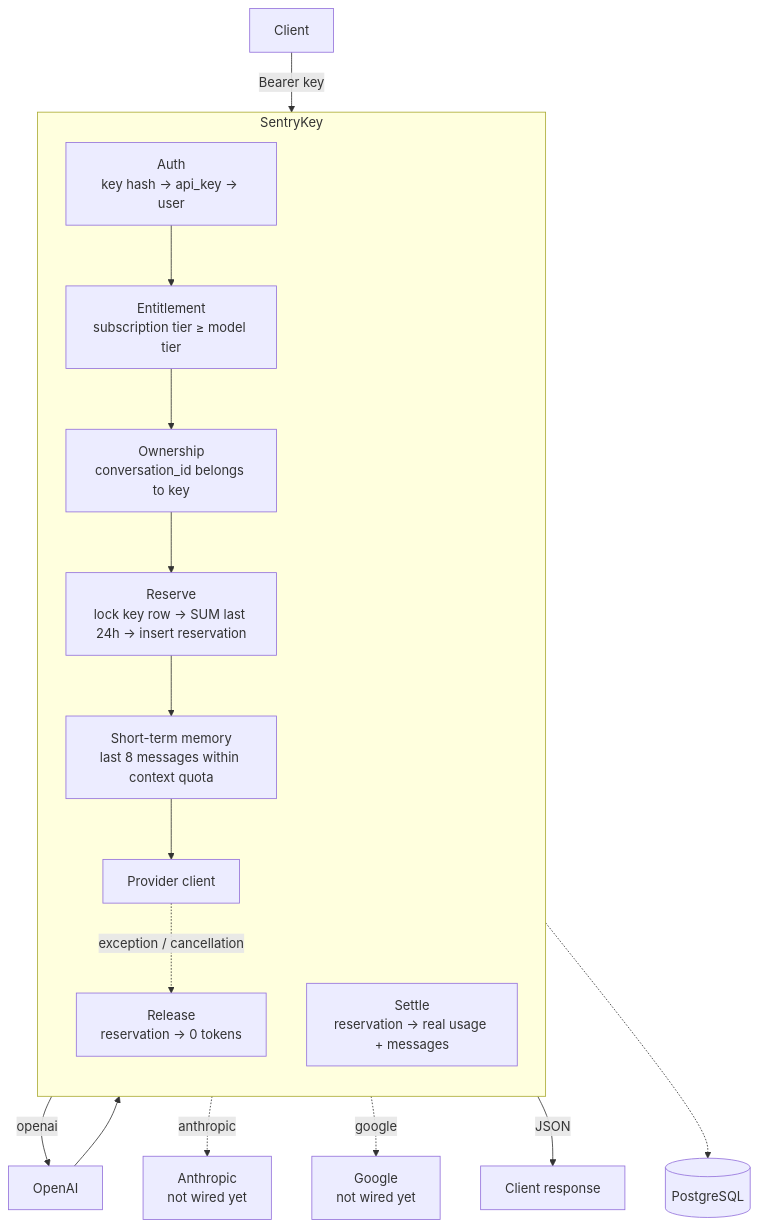
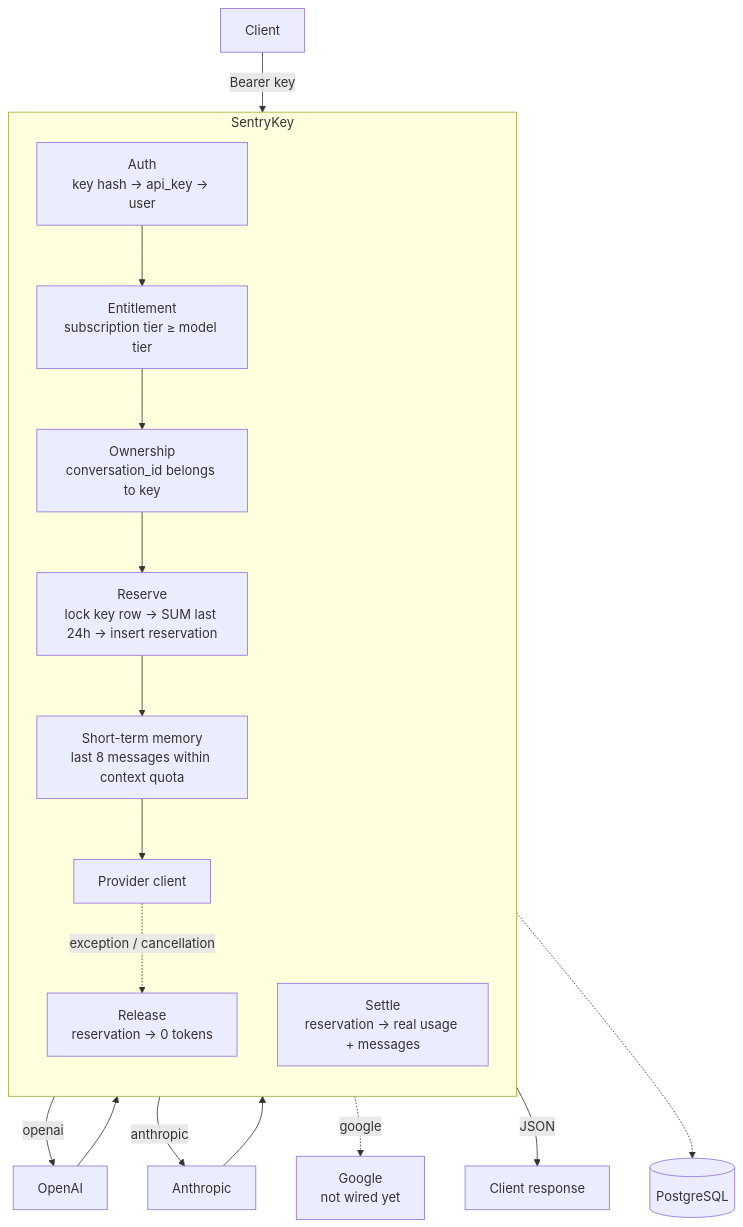
The diagram in README.md (goutham-226/SentryKey), drawn with Mermaid before and after one commit. The commit also changed other lines of this file and 4 other files, not shown here.

````diff
--- a/README.md
+++ b/README.md
@@ -74,31 +74,33 @@
 ```mermaid
 flowchart TB
     C[Client]
 
     subgraph GW["SentryKey"]
         direction TB
         AUTH["Auth<br/>key hash → api_key → user"]
         ENT["Entitlement<br/>subscription tier ≥ model tier"]
         OWN["Ownership<br/>conversation_id belongs to key"]
         QUOTA["Reserve<br/>lock key row → SUM last 24h → insert reservation"]
         CTX["Short-term memory<br/>last 8 messages within context quota"]
         PROV["Provider client"]
         SETTLE["Settle<br/>reservation → real usage + messages"]
         REL["Release<br/>reservation → 0 tokens"]
     end
 
     OAI["OpenAI"]
-    ANT["Anthropic<br/>not wired yet"]
+    ANT["Anthropic"]
     GEM["Google<br/>not wired yet"]
     R[Client response]
     PG[("PostgreSQL")]
 
     C -->|Bearer key| AUTH --> ENT --> OWN --> QUOTA --> CTX --> PROV
     PROV -->|openai| OAI
-    PROV -.->|anthropic| ANT
+    PROV -->|anthropic| ANT
     PROV -.->|google| GEM
-    OAI --> SETTLE -->|JSON| R
+    OAI --> SETTLE
+    ANT --> SETTLE
+    SETTLE -->|JSON| R
     PROV -.->|exception / cancellation| REL
 
     GW -.-> PG
 ```
````
